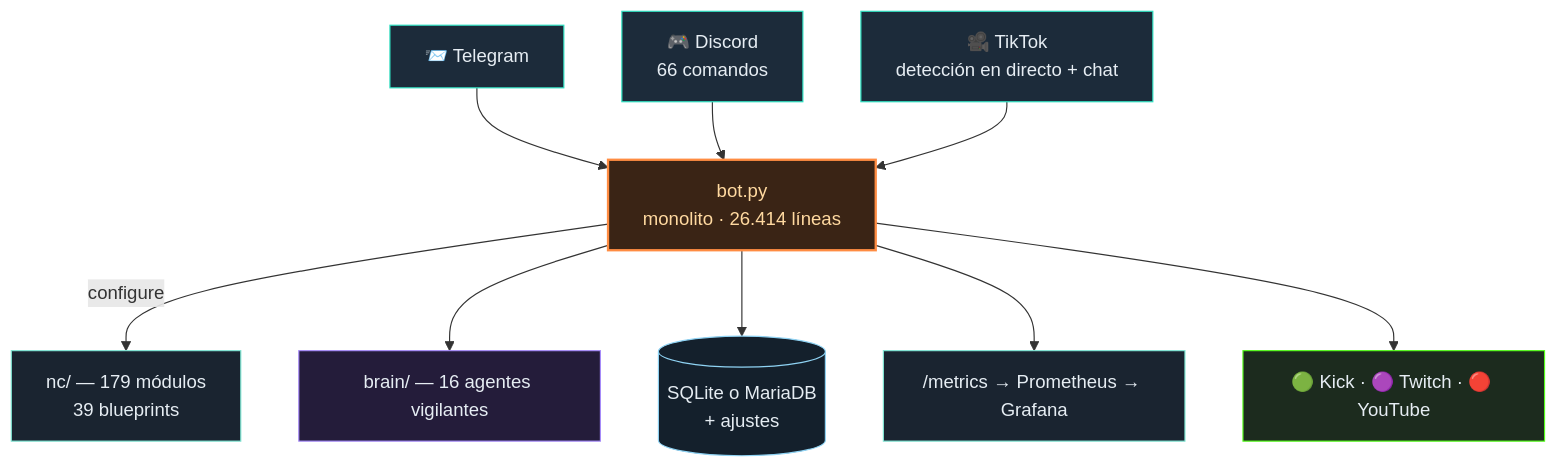
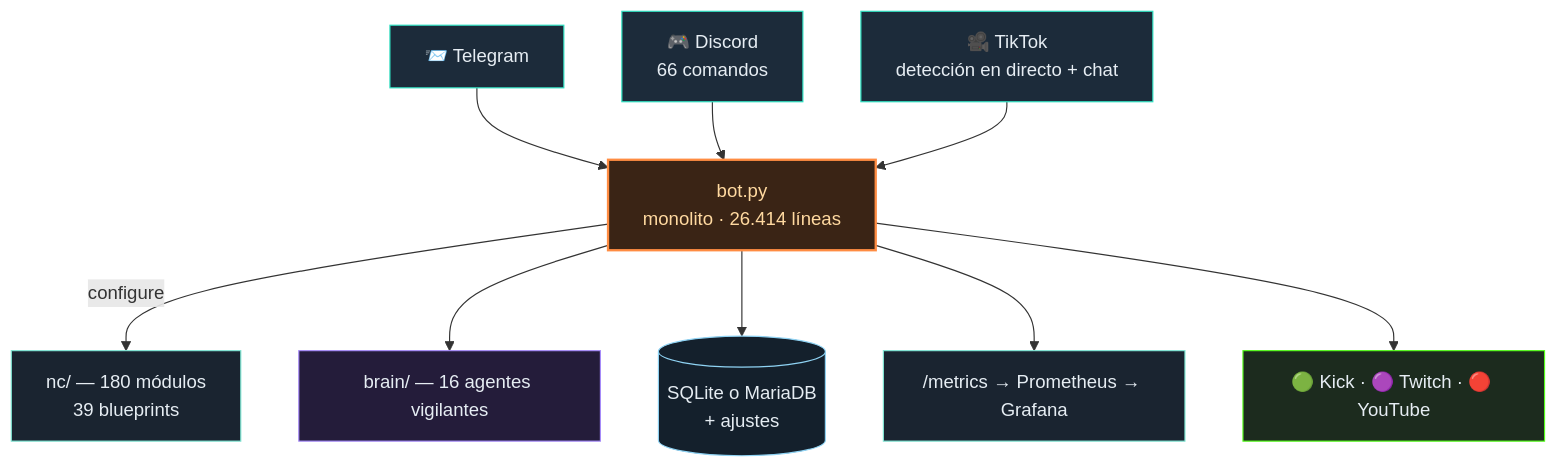
One commit to itsamemedev/Telegram-Stream-Info-Bot changed the diagram in README.es.md. Above: the diagram before and after it, drawn with Mermaid. The commit also changed other lines of this file and 10 other files, not shown here.

````diff
--- a/README.es.md
+++ b/README.es.md
@@ -64,18 +64,18 @@
 ```mermaid
 flowchart TB
     TG["📨 Telegram"]:::ein --> BOT
     DC["🎮 Discord<br/>66 comandos"]:::ein --> BOT
     TT["🎥 TikTok<br/>detección en directo + chat"]:::ein --> BOT
     BOT["bot.py<br/>monolito · 26.414 líneas"]:::core
-    BOT -->|configure| NC["nc/ — 179 módulos<br/>39 blueprints"]:::lib
+    BOT -->|configure| NC["nc/ — 180 módulos<br/>39 blueprints"]:::lib
     BOT --> BRAIN["brain/ — 16 agentes vigilantes"]:::brain
     BOT --> DB[("SQLite o MariaDB<br/>+ ajustes")]:::db
     BOT --> PROM["/metrics → Prometheus → Grafana"]:::lib
     BOT --> OUT["🟢 Kick · 🟣 Twitch · 🔴 YouTube"]:::out
     classDef ein fill:#1c2b3a,stroke:#2de1c2,color:#e6edf3
     classDef core fill:#3a2415,stroke:#ff8c42,stroke-width:2px,color:#ffd9a0
     classDef lib fill:#1a2430,stroke:#7fe7d4,color:#e6edf3
     classDef brain fill:#241c3a,stroke:#a78bfa,color:#e6edf3
     classDef db fill:#14202c,stroke:#8fd3f4,color:#e6edf3
     classDef out fill:#1c2b1e,stroke:#53fc18,color:#e6edf3
 ```
````
